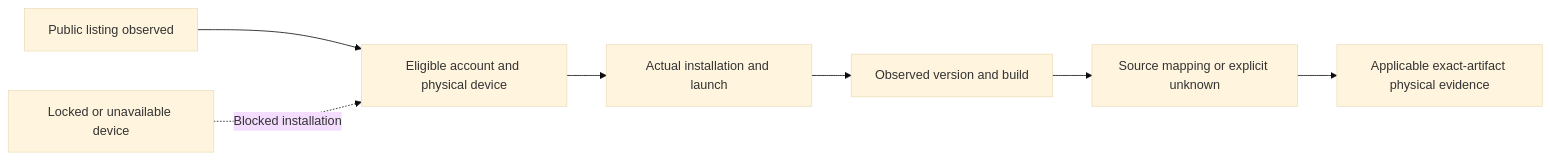
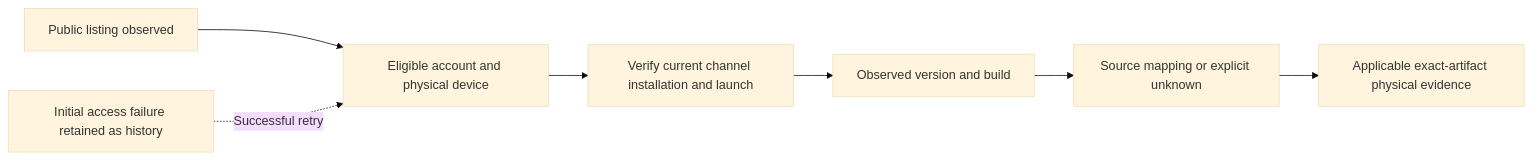
The diagram in docs/developments/2026-q4-reliable-workflow/c1-s1/01_Channel_and_Artifact_Ledger.md (PyBLE-dev/PyBLE), drawn with Mermaid (base theme) before and after one commit. The commit also changed other lines of this file and 9 other files, not shown here.

Commit message:
[docs] reconcile C1-S1 device retry and remaining pilot work

````diff
--- a/docs/developments/2026-q4-reliable-workflow/c1-s1/01_Channel_and_Artifact_Ledger.md
+++ b/docs/developments/2026-q4-reliable-workflow/c1-s1/01_Channel_and_Artifact_Ledger.md
@@ -88,9 +89,9 @@
 ```mermaid
 flowchart LR
     Public[Public listing observed] --> Access[Eligible account and physical device]
-    Access --> Install[Actual installation and launch]
+    Access --> Install[Verify current channel installation and launch]
     Install --> Identity[Observed version and build]
     Identity --> Mapping[Source mapping or explicit unknown]
     Mapping --> Physical[Applicable exact-artifact physical evidence]
-    Locked[Locked or unavailable device] -. Blocked installation .-> Access
+    Locked[Initial access failure retained as history] -. Successful retry .-> Access
 ```
````
